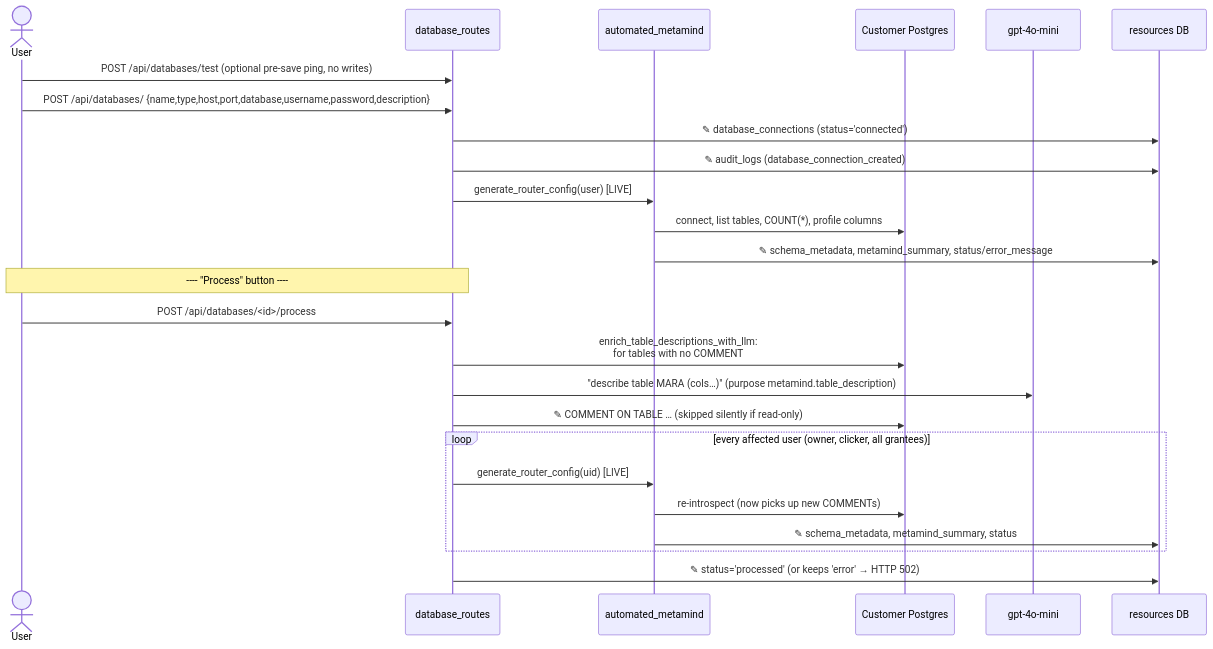
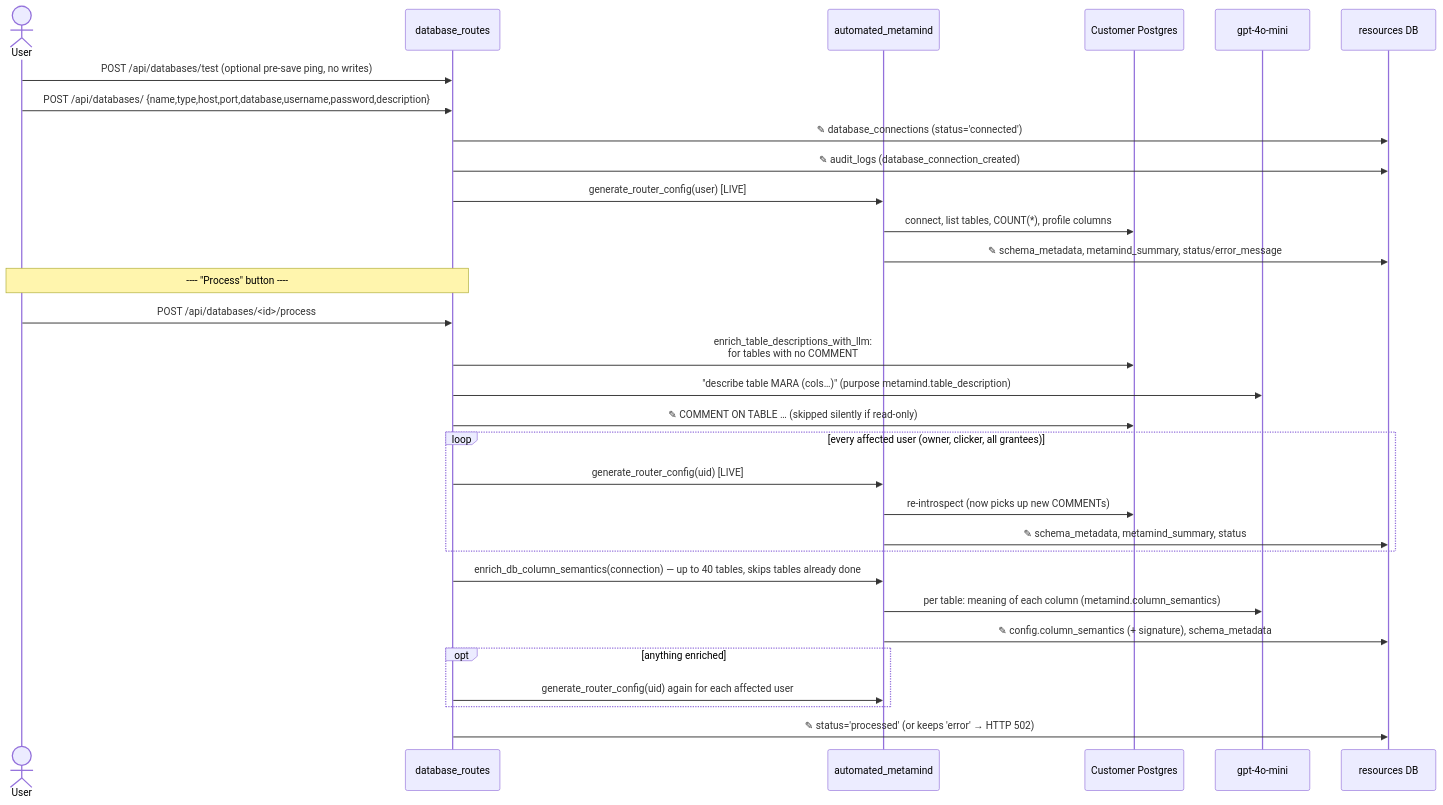
The fifth of 11 diagrams in docs/SAARTHI_DESIGN_DOCUMENT.md (TathyumSolutions/SAARTHI2.0), drawn with Mermaid before and after one commit. The commit also changed other lines of this file, not shown here.

First line of the commit message:
Merge main; update design doc for result combiner and column intelligence

````diff
--- a/docs/SAARTHI_DESIGN_DOCUMENT.md
+++ b/docs/SAARTHI_DESIGN_DOCUMENT.md
@@ -336,29 +339,35 @@
 ```mermaid
 sequenceDiagram
     actor U as User
     participant R as database_routes
     participant MM as automated_metamind
     participant EXT as Customer Postgres
     participant LLM as gpt-4o-mini
     participant RES as resources DB
 
     U->>R: POST /api/databases/test  (optional pre-save ping, no writes)
     U->>R: POST /api/databases/ {name,type,host,port,database,username,password,description}
     R->>RES: ✎ database_connections (status='connected')
     R->>RES: ✎ audit_logs (database_connection_created)
     R->>MM: generate_router_config(user)  [LIVE]
     MM->>EXT: connect, list tables, COUNT(*), profile columns
     MM->>RES: ✎ schema_metadata, metamind_summary, status/error_message
 
     Note over U,R: ---- "Process" button ----
     U->>R: POST /api/databases/<id>/process
     R->>EXT: enrich_table_descriptions_with_llm:<br/>for tables with no COMMENT
     R->>LLM: "describe table MARA (cols…)" (purpose metamind.table_description)
     R->>EXT: ✎ COMMENT ON TABLE … (skipped silently if read-only)
     loop every affected user (owner, clicker, all grantees)
         R->>MM: generate_router_config(uid)  [LIVE]
         MM->>EXT: re-introspect (now picks up new COMMENTs)
         MM->>RES: ✎ schema_metadata, metamind_summary, status
     end
+    R->>MM: enrich_db_column_semantics(connection) — up to 40 tables, skips tables already done
+    MM->>LLM: per table: meaning of each column (metamind.column_semantics)
+    MM->>RES: ✎ config.column_semantics (+ signature), schema_metadata
+    opt anything enriched
+        R->>MM: generate_router_config(uid) again for each affected user
+    end
     R->>RES: ✎ status='processed' (or keeps 'error' → HTTP 502)
 ```
````
